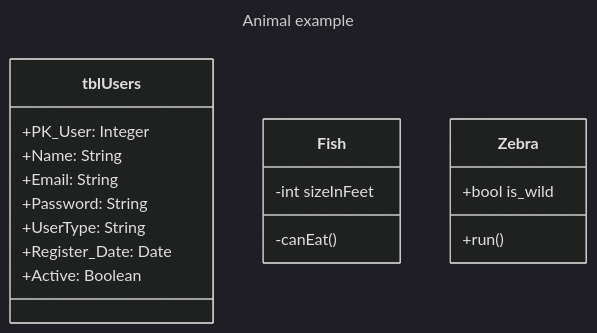
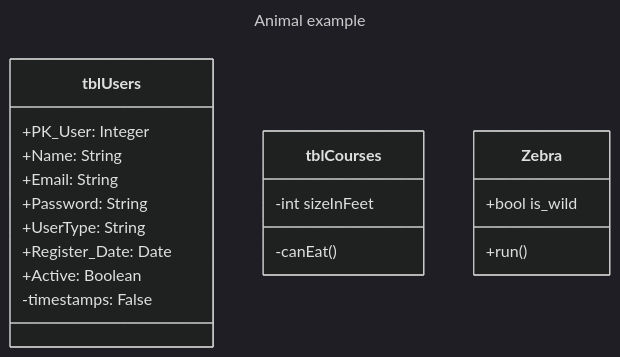
One commit to MemoRodz/CapaciTechKidsBack changed the diagram in README.md. Above: the diagram before and after it, drawn with Mermaid (dark theme).

Commit message:
Testing mermaid library_3

````diff
--- a/README.md
+++ b/README.md
@@ -11,23 +11,24 @@
 ```mermaid
 ---
 title: Animal example
 ---
 classDiagram
     class tblUsers{
         +PK_User: Integer
         +Name: String
         +Email: String
 		+Password: String
 		+UserType: String
 		+Register_Date: Date
 		+Active: Boolean
+		-timestamps: False
     }
-    class Fish{
+    class tblCourses{
         -int sizeInFeet
         -canEat()
     }
     class Zebra{
         +bool is_wild
         +run()
     }
 ```
````
